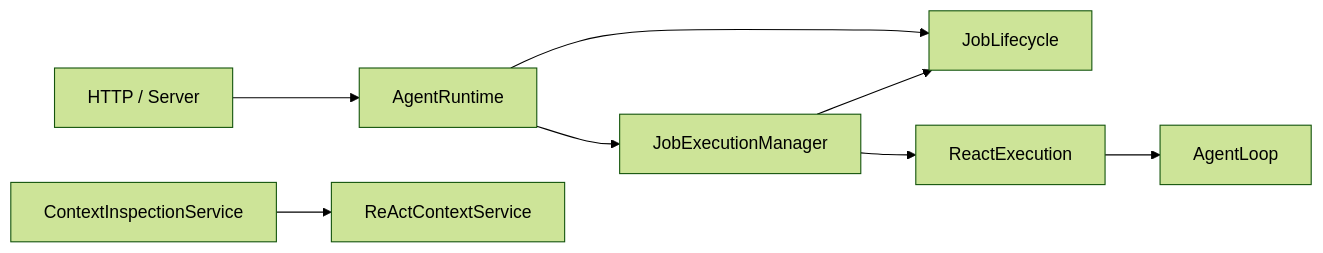
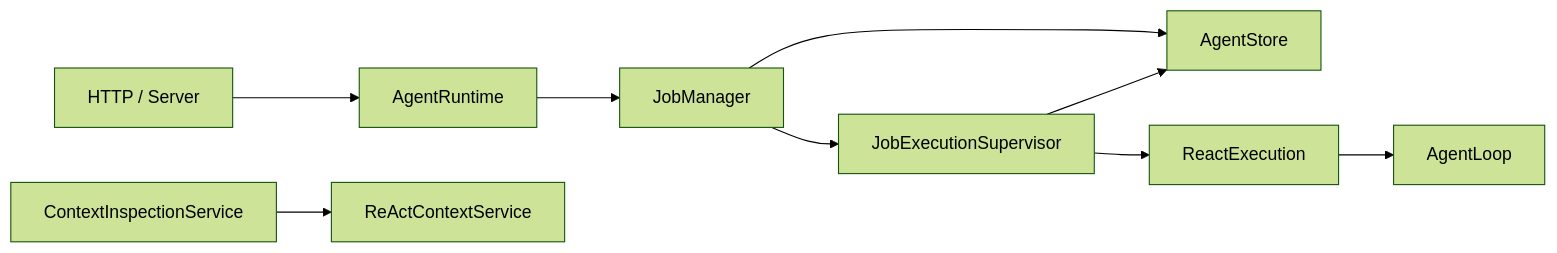
One commit to lucyonegit/agent-runtime-v2 changed the second of 2 diagrams in docs/01-unified-react-runtime.md. Above: the diagram before and after it, drawn with Mermaid (forest theme). The commit also changed other lines of this file and 13 other files, not shown here.

First line of the commit message:
Add JobExecutionSupervisor tests and refactor JobLifecycle tests

````diff
--- a/docs/01-unified-react-runtime.md
+++ b/docs/01-unified-react-runtime.md
@@ -41,10 +42,11 @@
 ```mermaid
 flowchart LR
     HTTP["HTTP / Server"] --> AR["AgentRuntime"]
-    AR --> JL["JobLifecycle"]
-    AR --> JEM["JobExecutionManager"]
-    JEM --> JL
-    JEM --> RE["ReactExecution"]
+    AR --> JM["JobManager"]
+    JM --> JES["JobExecutionSupervisor"]
+    JM --> STORE["AgentStore"]
+    JES --> STORE
+    JES --> RE["ReactExecution"]
     RE --> AL["AgentLoop"]
     CIS["ContextInspectionService"] --> CS["ReActContextService"]
 ```
````
